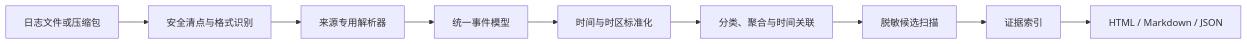
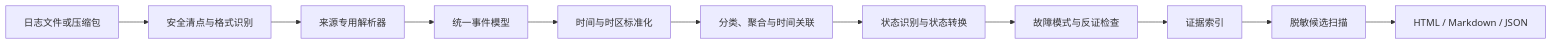
The diagram in README.md (pc-study/dbsleuth), drawn with Mermaid before and after one commit. The commit also changed other lines of this file and 8 other files, not shown here.

````diff
--- a/README.md
+++ b/README.md
@@ -97,11 +99,13 @@
 ```mermaid
 flowchart LR
     A["日志文件或压缩包"] --> B["安全清点与格式识别"]
     B --> C["来源专用解析器"]
     C --> D["统一事件模型"]
     D --> E["时间与时区标准化"]
     E --> F["分类、聚合与时间关联"]
-    F --> G["脱敏候选扫描"]
-    G --> H["证据索引"]
-    H --> I["HTML / Markdown / JSON"]
+    F --> G["状态识别与状态转换"]
+    G --> H["故障模式与反证检查"]
+    H --> I["证据索引"]
+    I --> J["脱敏候选扫描"]
+    J --> K["HTML / Markdown / JSON"]
 ```
````
